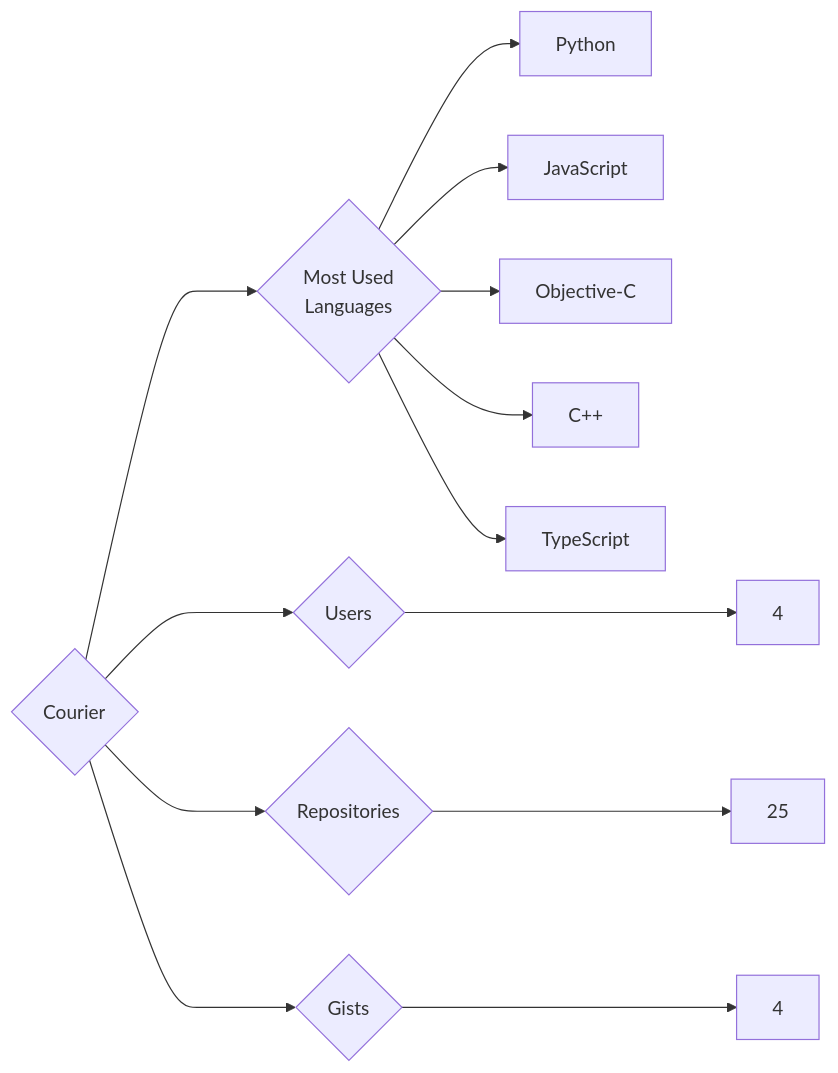
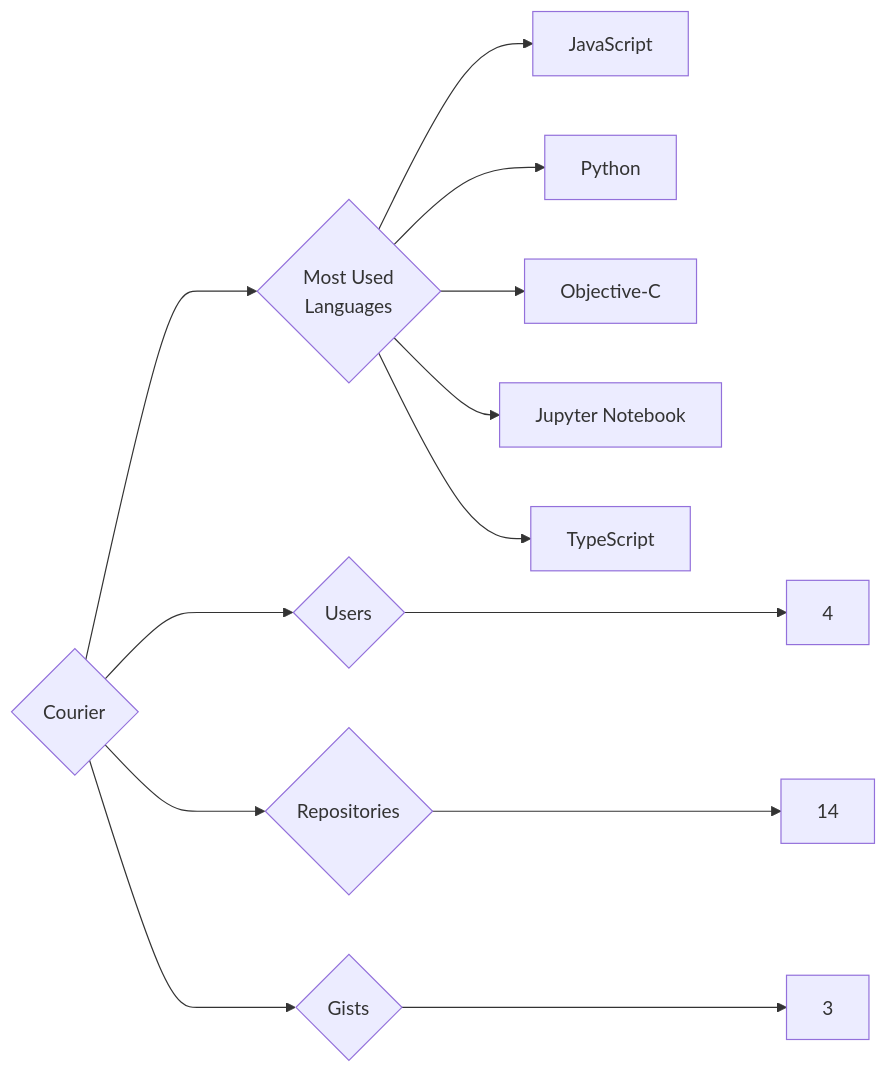
Before and after one commit to trickest/insiders: the diagram in targets/Courier/README.md, drawn with Mermaid. The commit also changed 942 other files, not shown here.

````diff
--- a/targets/Courier/README.md
+++ b/targets/Courier/README.md
@@ -3,13 +3,13 @@
 ```mermaid
 graph LR
 COMPANY_NAME{Courier}
 COMPANY_NAME ---> U{Users} ---> UN[4]
-COMPANY_NAME ---> R{Repositories} ---> RN[25]
-COMPANY_NAME ---> G{Gists} ---> GN[4]
+COMPANY_NAME ---> R{Repositories} ---> RN[14]
+COMPANY_NAME ---> G{Gists} ---> GN[3]
 COMPANY_NAME ---> ML{Most Used<br>Languages}
+ML --> JavaScript[JavaScript]
 ML --> Python[Python]
-ML --> JavaScript[JavaScript]
 ML --> Objective-C[Objective-C]
-ML --> C++[C++]
+ML --> Jupyter_Notebook[Jupyter Notebook]
 ML --> TypeScript[TypeScript]
 ```
````
